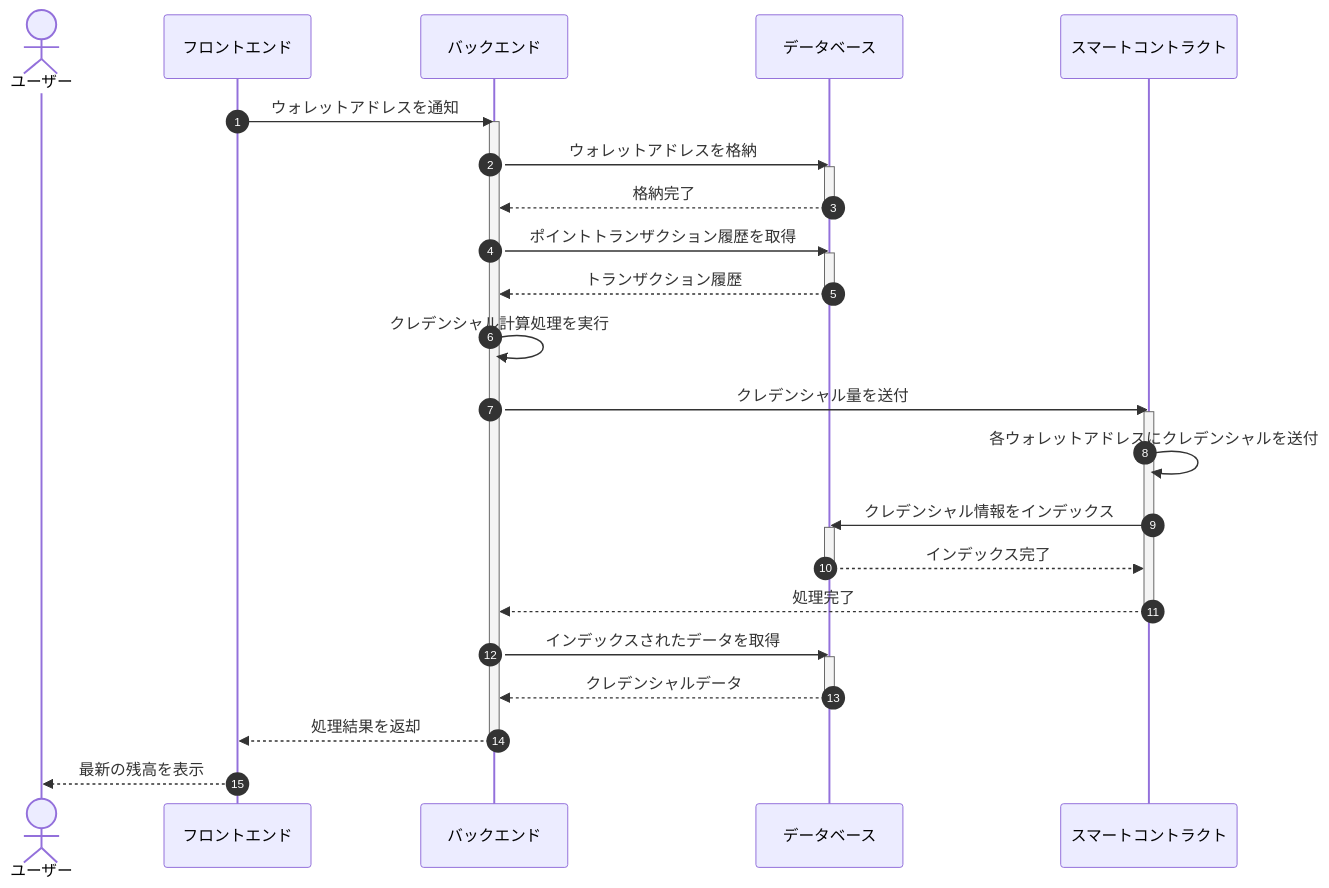
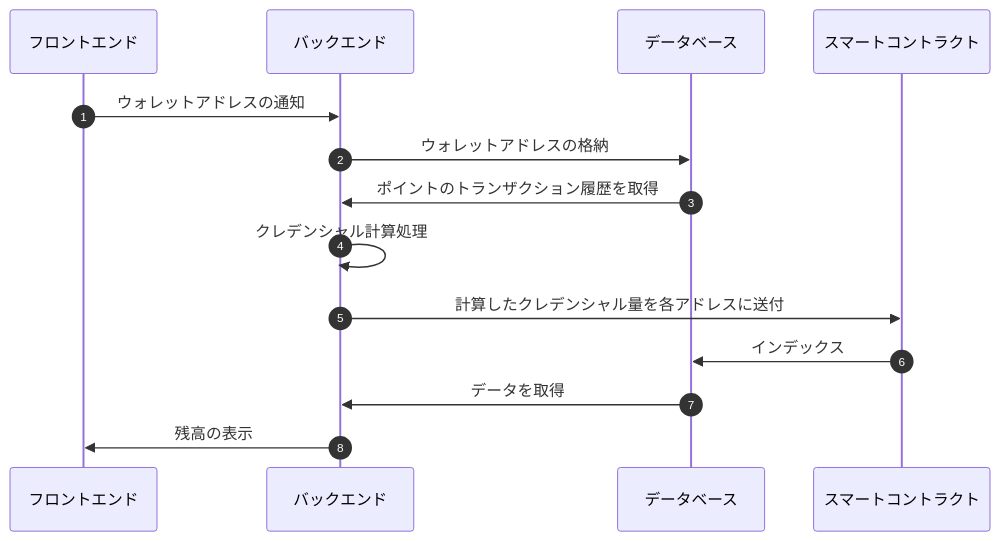
The eighth of 13 diagrams in docs/sequence-diagrams.md (sc-hosokawa/frienda), drawn with Mermaid before and after one commit. The commit also changed other lines of this file, not shown here.

First line of the commit message:
docs: Notion図に合わせてシーケンス図を修正し景品交換フローを追加

````diff
--- a/docs/sequence-diagrams.md
+++ b/docs/sequence-diagrams.md
@@ -365,46 +367,18 @@
 ```mermaid
 sequenceDiagram
     autonumber
 
-    actor User as ユーザー
-    participant Frontend as フロントエンド
-    participant Backend as バックエンド
-    participant DB as データベース
-    participant SC as スマートコントラクト
+    participant フロントエンド
+    participant バックエンド
+    participant データベース
+    participant スマートコントラクト
 
-    Frontend->>Backend: ウォレットアドレスを通知
-    activate Backend
-
-    Backend->>DB: ウォレットアドレスを格納
-    activate DB
-    DB-->>Backend: 格納完了
-    deactivate DB
-
-    Backend->>DB: ポイントトランザクション履歴を取得
-    activate DB
-    DB-->>Backend: トランザクション履歴
-    deactivate DB
-
-    Backend->>Backend: クレデンシャル計算処理を実行
-
-    Backend->>SC: クレデンシャル量を送付
-    activate SC
-    SC->>SC: 各ウォレットアドレスにクレデンシャルを送付
-
-    SC->>DB: クレデンシャル情報をインデックス
-    activate DB
-    DB-->>SC: インデックス完了
-    deactivate DB
-
-    SC-->>Backend: 処理完了
-    deactivate SC
-
-    Backend->>DB: インデックスされたデータを取得
-    activate DB
-    DB-->>Backend: クレデンシャルデータ
-    deactivate DB
-
-    Backend-->>Frontend: 処理結果を返却
-    deactivate Backend
-    Frontend-->>User: 最新の残高を表示
+    フロントエンド->>バックエンド: ウォレットアドレスの通知
+    バックエンド->>データベース: ウォレットアドレスの格納
+    データベース->>バックエンド: ポイントのトランザクション履歴を取得
+    バックエンド->>バックエンド: クレデンシャル計算処理
+    バックエンド->>スマートコントラクト: 計算したクレデンシャル量を各アドレスに送付
+    スマートコントラクト->>データベース: インデックス
+    データベース->>バックエンド: データを取得
+    バックエンド->>フロントエンド: 残高の表示
 ```
````
